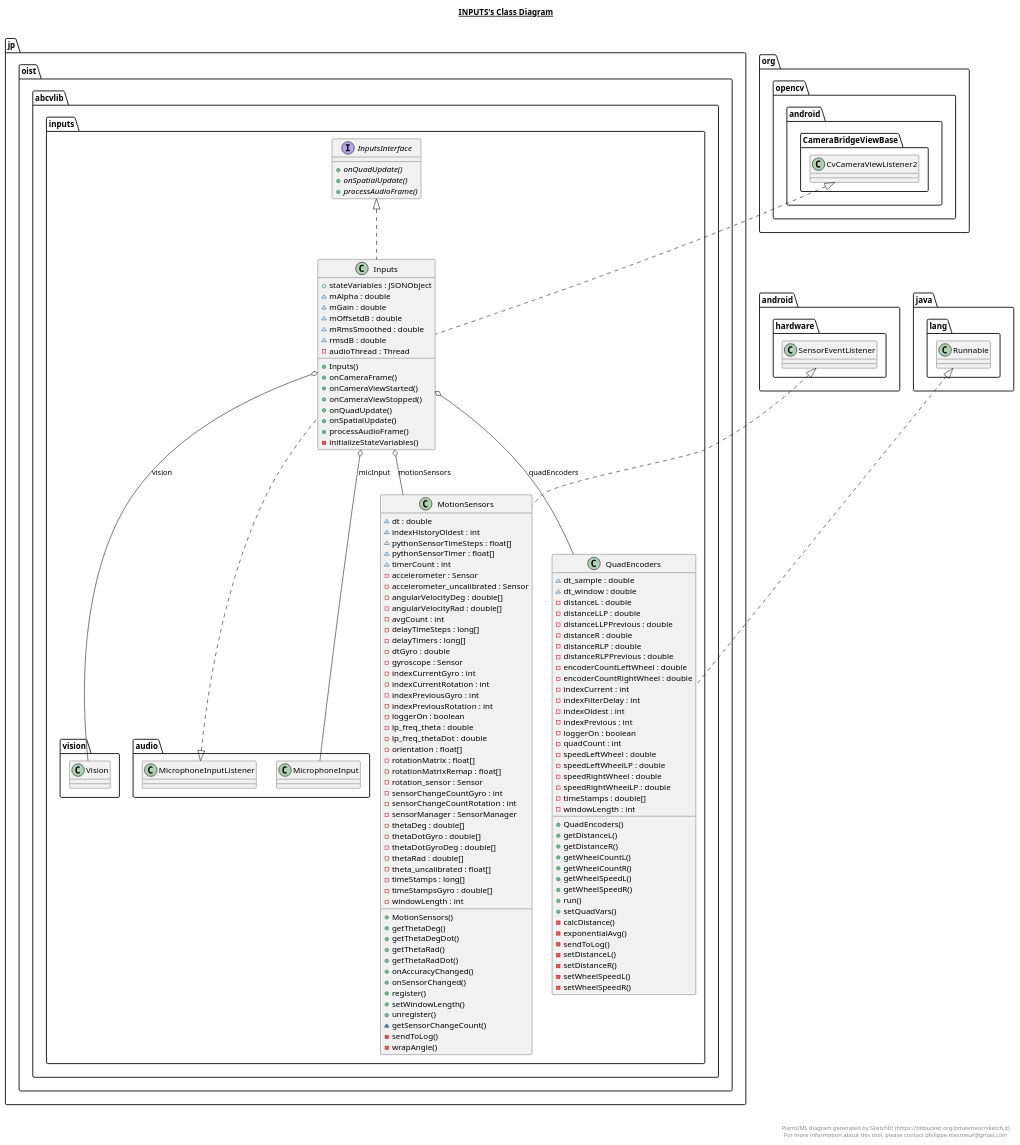
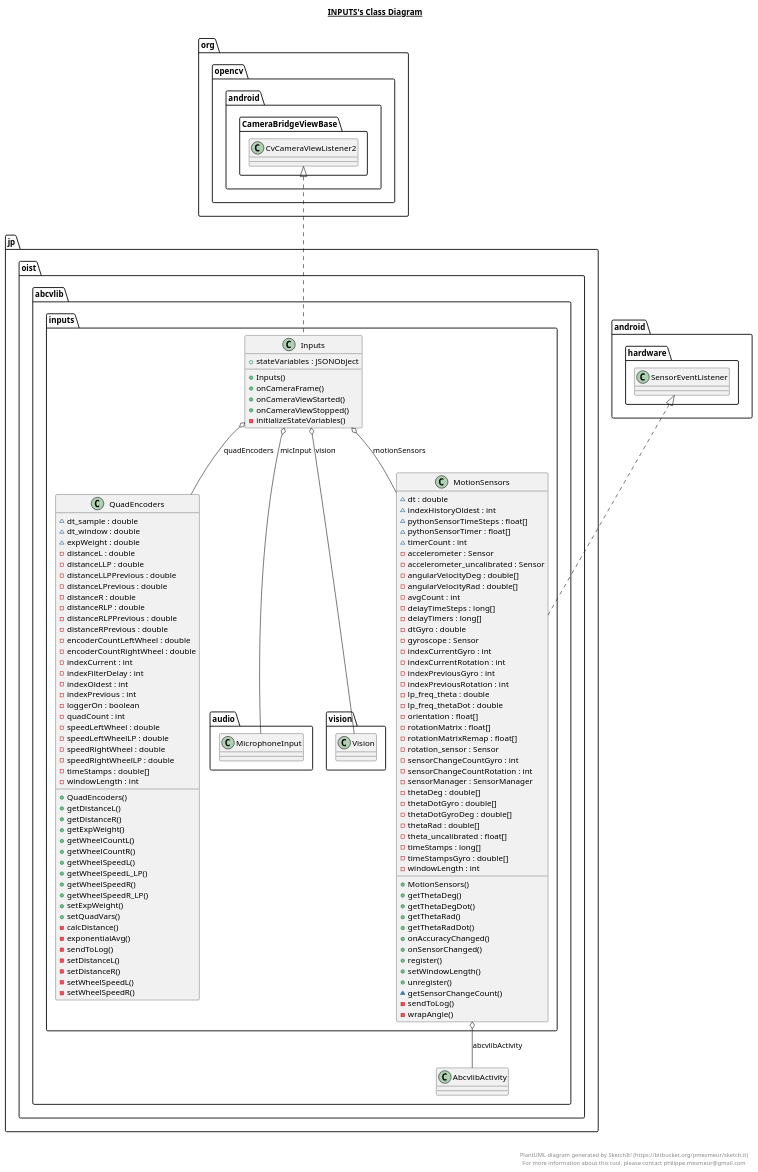
One commit to oist/smartphone-robot-android changed the diagram in abcvlib/src/main/java/jp/oist/abcvlib/inputs/inputs.plantuml. Above: the diagram before and after it, drawn with PlantUML. The commit also changed 87 other files, not shown here.

```diff
--- a/abcvlib/src/main/java/jp/oist/abcvlib/inputs/inputs.plantuml
+++ b/abcvlib/src/main/java/jp/oist/abcvlib/inputs/inputs.plantuml
@@ -1,160 +1,143 @@
 @startuml
 
 title __INPUTS's Class Diagram__\n
 
   namespace jp.oist.abcvlib {
     namespace inputs {
       class jp.oist.abcvlib.inputs.Inputs {
           + stateVariables : JSONObject
-          ~ mAlpha : double
-          ~ mGain : double
-          ~ mOffsetdB : double
-          ~ mRmsSmoothed : double
-          ~ rmsdB : double
-          - audioThread : Thread
           + Inputs()
           + onCameraFrame()
           + onCameraViewStarted()
           + onCameraViewStopped()
-          + onQuadUpdate()
-          + onSpatialUpdate()
-          + processAudioFrame()
           - initializeStateVariables()
-      }
-    }
-  }
-  
-
-  namespace jp.oist.abcvlib {
-    namespace inputs {
-      interface jp.oist.abcvlib.inputs.InputsInterface {
-          {abstract} + onQuadUpdate()
-          {abstract} + onSpatialUpdate()
-          {abstract} + processAudioFrame()
       }
     }
   }
   
 
   namespace jp.oist.abcvlib {
     namespace inputs {
       class jp.oist.abcvlib.inputs.MotionSensors {
           ~ dt : double
           ~ indexHistoryOldest : int
           ~ pythonSensorTimeSteps : float[]
           ~ pythonSensorTimer : float[]
           ~ timerCount : int
           - accelerometer : Sensor
           - accelerometer_uncalibrated : Sensor
           - angularVelocityDeg : double[]
           - angularVelocityRad : double[]
           - avgCount : int
           - delayTimeSteps : long[]
           - delayTimers : long[]
           - dtGyro : double
           - gyroscope : Sensor
           - indexCurrentGyro : int
           - indexCurrentRotation : int
           - indexPreviousGyro : int
           - indexPreviousRotation : int
-          - loggerOn : boolean
           - lp_freq_theta : double
           - lp_freq_thetaDot : double
           - orientation : float[]
           - rotationMatrix : float[]
           - rotationMatrixRemap : float[]
           - rotation_sensor : Sensor
           - sensorChangeCountGyro : int
           - sensorChangeCountRotation : int
           - sensorManager : SensorManager
           - thetaDeg : double[]
           - thetaDotGyro : double[]
           - thetaDotGyroDeg : double[]
           - thetaRad : double[]
           - theta_uncalibrated : float[]
           - timeStamps : long[]
           - timeStampsGyro : double[]
           - windowLength : int
           + MotionSensors()
           + getThetaDeg()
           + getThetaDegDot()
           + getThetaRad()
           + getThetaRadDot()
           + onAccuracyChanged()
           + onSensorChanged()
           + register()
           + setWindowLength()
           + unregister()
           ~ getSensorChangeCount()
           - sendToLog()
           - wrapAngle()
       }
     }
   }
   
 
   namespace jp.oist.abcvlib {
     namespace inputs {
       class jp.oist.abcvlib.inputs.QuadEncoders {
           ~ dt_sample : double
           ~ dt_window : double
+          ~ expWeight : double
           - distanceL : double
           - distanceLLP : double
           - distanceLLPPrevious : double
+          - distanceLPrevious : double
           - distanceR : double
           - distanceRLP : double
           - distanceRLPPrevious : double
+          - distanceRPrevious : double
           - encoderCountLeftWheel : double
           - encoderCountRightWheel : double
           - indexCurrent : int
           - indexFilterDelay : int
           - indexOldest : int
           - indexPrevious : int
           - loggerOn : boolean
           - quadCount : int
           - speedLeftWheel : double
           - speedLeftWheelLP : double
           - speedRightWheel : double
           - speedRightWheelLP : double
           - timeStamps : double[]
           - windowLength : int
           + QuadEncoders()
           + getDistanceL()
           + getDistanceR()
+          + getExpWeight()
           + getWheelCountL()
           + getWheelCountR()
           + getWheelSpeedL()
+          + getWheelSpeedL_LP()
           + getWheelSpeedR()
-          + run()
+          + getWheelSpeedR_LP()
+          + setExpWeight()
           + setQuadVars()
           - calcDistance()
           - exponentialAvg()
           - sendToLog()
           - setDistanceL()
           - setDistanceR()
           - setWheelSpeedL()
           - setWheelSpeedR()
       }
     }
   }
   
 
-  jp.oist.abcvlib.inputs.Inputs .up.|> jp.oist.abcvlib.inputs.InputsInterface
-  jp.oist.abcvlib.inputs.Inputs .up.|> jp.oist.abcvlib.inputs.audio.MicrophoneInputListener
   jp.oist.abcvlib.inputs.Inputs .up.|> org.opencv.android.CameraBridgeViewBase.CvCameraViewListener2
   jp.oist.abcvlib.inputs.Inputs o-- jp.oist.abcvlib.inputs.audio.MicrophoneInput : micInput
   jp.oist.abcvlib.inputs.Inputs o-- jp.oist.abcvlib.inputs.MotionSensors : motionSensors
   jp.oist.abcvlib.inputs.Inputs o-- jp.oist.abcvlib.inputs.QuadEncoders : quadEncoders
   jp.oist.abcvlib.inputs.Inputs o-- jp.oist.abcvlib.inputs.vision.Vision : vision
   jp.oist.abcvlib.inputs.MotionSensors .up.|> android.hardware.SensorEventListener
-  jp.oist.abcvlib.inputs.QuadEncoders .up.|> java.lang.Runnable
+  jp.oist.abcvlib.inputs.MotionSensors o-- jp.oist.abcvlib.AbcvlibActivity : abcvlibActivity
 
 
 right footer
 
 
 PlantUML diagram generated by SketchIt! (https://bitbucket.org/pmesmeur/sketch.it)
 For more information about this tool, please contact philippe.mesmeur@gmail.com
 endfooter
 
 @enduml
```
